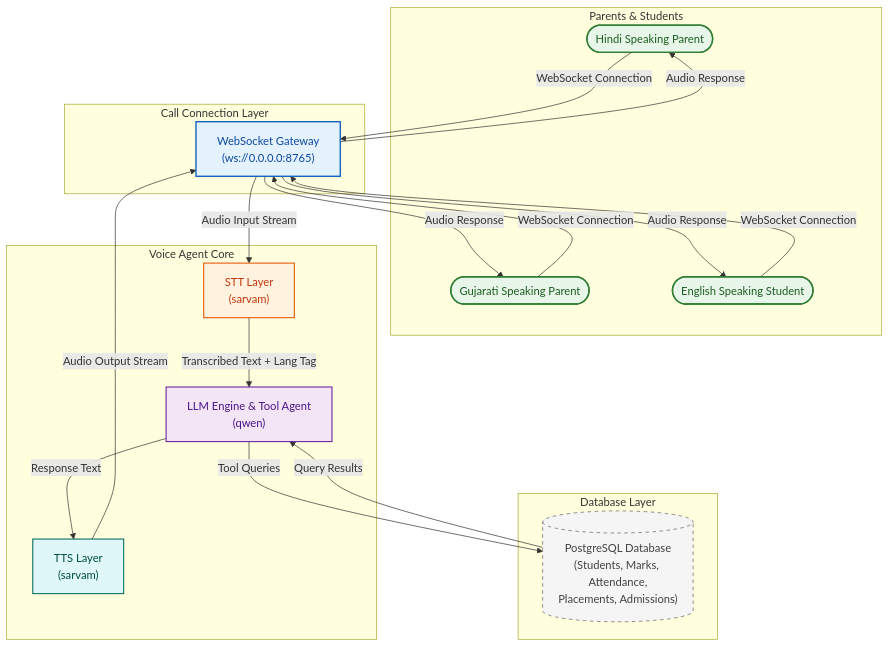
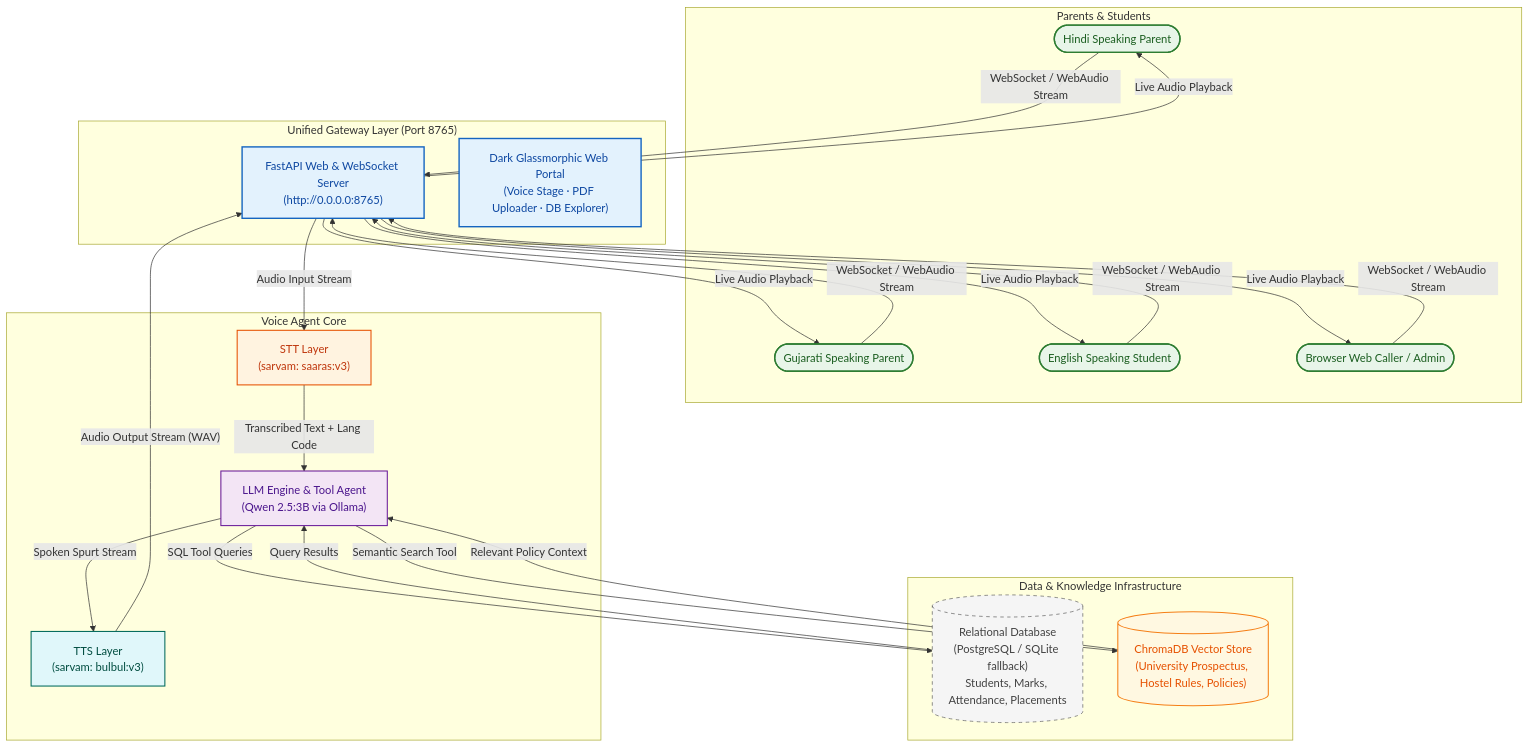
Before and after one commit to Shiv-61/Voice-Agent: the diagram in README.md, drawn with Mermaid. The commit also changed other lines of this file and 16 other files, not shown here.

Commit message:
feat: Add RAG PDF vector store, multi-tool LLM reasoning, and glassmorphic Web Portal

````diff
--- a/README.md
+++ b/README.md
@@ -14,44 +15,51 @@
 ```mermaid
 flowchart TB
     classDef telephony fill:#e8f5e9,stroke:#2e7d32,stroke-width:2px,color:#1b5e20
     classDef gateway fill:#e3f2fd,stroke:#1565c0,stroke-width:2px,color:#0d47a1
     classDef stt fill:#fff3e0,stroke:#e65100,stroke-width:1.5px,color:#bf360c
     classDef llm fill:#f3e5f5,stroke:#6a1b9a,stroke-width:1.5px,color:#4a148c
     classDef storage fill:#f5f5f5,stroke:#616161,stroke-dasharray:5 5,color:#424242
     classDef tts fill:#e0f7fa,stroke:#00695c,stroke-width:1.5px,color:#004d40
+    classDef rag fill:#fff8e1,stroke:#f57f17,stroke-width:1.5px,color:#e65100
 
     subgraph Callers ["Parents & Students"]
         Caller1([Hindi Speaking Parent])
         Caller2([Gujarati Speaking Parent])
         Caller3([English Speaking Student])
+        WebCaller([Browser Web Caller / Admin])
     end
-    class Caller1,Caller2,Caller3 telephony
+    class Caller1,Caller2,Caller3,WebCaller telephony
 
-    subgraph Gateway ["Call Connection Layer"]
-        WSGateway["WebSocket Gateway\n(ws://0.0.0.0:8765)"]
+    subgraph Gateway ["Unified Gateway Layer (Port 8765)"]
+        WSGateway["FastAPI Web & WebSocket Server\n(http://0.0.0.0:8765)"]
+        WebUI["Dark Glassmorphic Web Portal\n(Voice Stage · PDF Uploader · DB Explorer)"]
     end
-    class WSGateway gateway
+    class WSGateway,WebUI gateway
 
     subgraph Core ["Voice Agent Core"]
-        STT["STT Layer\n(sarvam)"]
-        LLM["LLM Engine & Tool Agent\n(qwen)"]
-        TTS["TTS Layer\n(sarvam)"]
+        STT["STT Layer\n(sarvam: saaras:v3)"]
+        LLM["LLM Engine & Tool Agent\n(Qwen 2.5:3B via Ollama)"]
+        TTS["TTS Layer\n(sarvam: bulbul:v3)"]
     end
     class STT stt
     class LLM llm
     class TTS tts
 
-    subgraph Data ["Database Layer"]
-        Postgres[("PostgreSQL Database\n(Students, Marks, Attendance,\nPlacements, Admissions)")]
+    subgraph Data ["Data & Knowledge Infrastructure"]
+        Postgres[("Relational Database\n(PostgreSQL / SQLite fallback)\nStudents, Marks, Attendance, Placements")]
+        VectorStore[("ChromaDB Vector Store\n(University Prospectus, Hostel Rules, Policies)")]
     end
     class Postgres storage
+    class VectorStore rag
 
-    Caller1 & Caller2 & Caller3 -- "WebSocket Connection" --> WSGateway
+    Caller1 & Caller2 & Caller3 & WebCaller -- "WebSocket / WebAudio Stream" --> WSGateway
     WSGateway -- "Audio Input Stream" --> STT
-    STT -- "Transcribed Text + Lang Tag" --> LLM
-    LLM -- "Tool Queries" --> Postgres
+    STT -- "Transcribed Text + Lang Code" --> LLM
+    LLM -- "SQL Tool Queries" --> Postgres
     Postgres -- "Query Results" --> LLM
-    LLM -- "Response Text" --> TTS
-    TTS -- "Audio Output Stream" --> WSGateway
-    WSGateway -- "Audio Response" --> Caller1 & Caller2 & Caller3
+    LLM -- "Semantic Search Tool" --> VectorStore
+    VectorStore -- "Relevant Policy Context" --> LLM
+    LLM -- "Spoken Spurt Stream" --> TTS
+    TTS -- "Audio Output Stream (WAV)" --> WSGateway
+    WSGateway -- "Live Audio Playback" --> Caller1 & Caller2 & Caller3 & WebCaller
 ```
````
